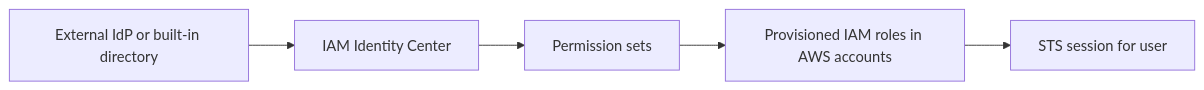
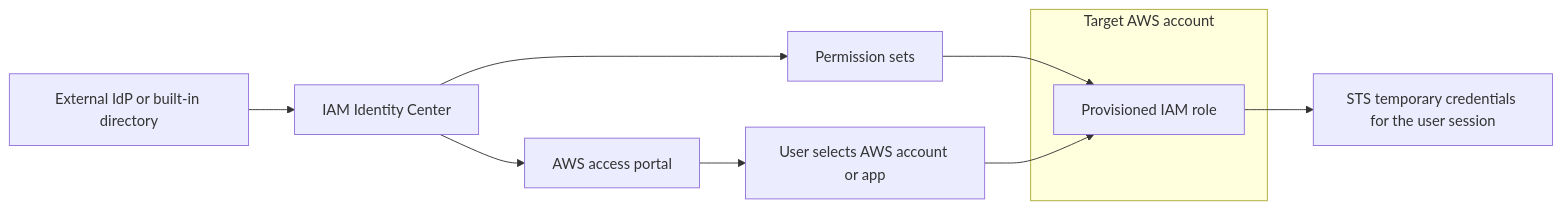
One commit to rooneyviet/aws-learning-obsidian changed the diagram in 01 - Identity, Security, and Governance/IAM Identity Center.md. Above: the diagram before and after it, drawn with Mermaid. The commit also changed 16 other files, not shown here.

Commit message:
update diagrams

````diff
--- a/01 - Identity, Security, and Governance/IAM Identity Center.md
+++ b/01 - Identity, Security, and Governance/IAM Identity Center.md
@@ -34,7 +34,15 @@
 ```mermaid
 flowchart LR
     A[External IdP or built-in directory] --> B[IAM Identity Center]
+    B --> Portal[AWS access portal]
+    Portal --> Choice[User selects AWS account or app]
     B --> C[Permission sets]
-    C --> D[Provisioned IAM roles in AWS accounts]
-    D --> E[STS session for user]
+
+    subgraph Target["Target AWS account"]
+        D[Provisioned IAM role]
+    end
+
+    C --> D
+    Choice --> D
+    D --> E[STS temporary credentials for the user session]
 ```
````
